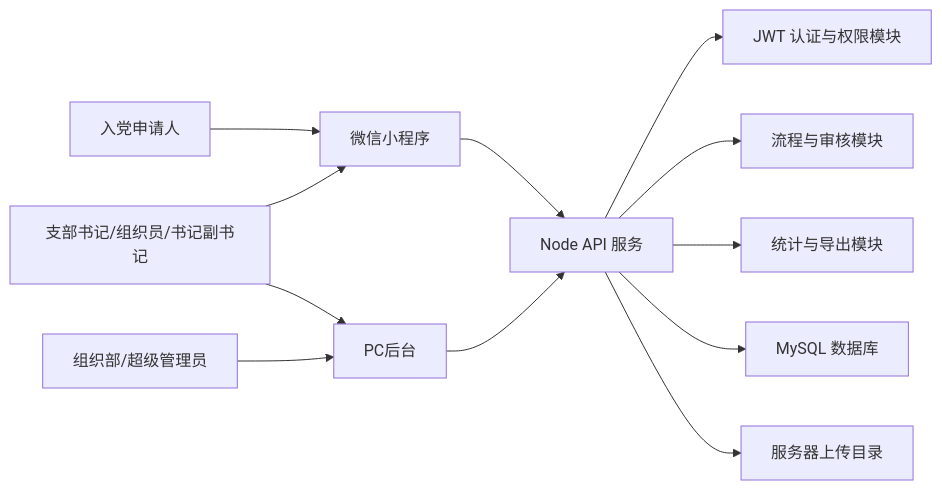
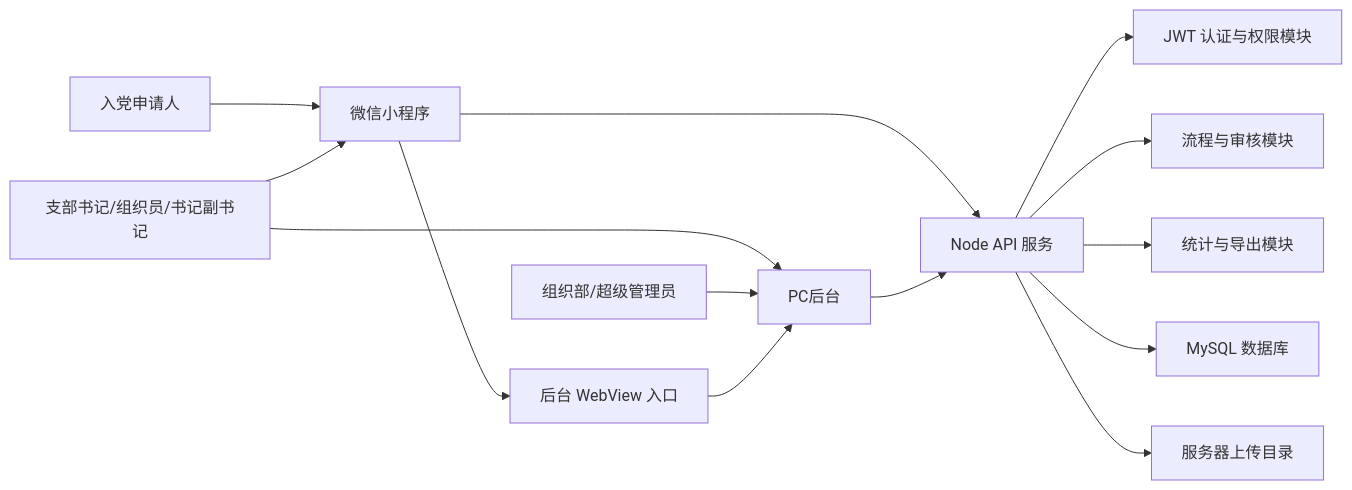
The diagram in docs/dfd.mmd (Lukas-VI/party-building-system), drawn with Mermaid before and after one commit. The commit also changed 28 other files, not shown here.

Commit message:
feat: split miniapp roles and profile flows

```diff
--- a/docs/dfd.mmd
+++ b/docs/dfd.mmd
@@ -1,12 +1,14 @@
 flowchart LR
   A["入党申请人"] --> MP["微信小程序"]
   B["支部书记/组织员/书记副书记"] --> MP
   B --> AW["PC后台"]
   C["组织部/超级管理员"] --> AW
+  MP --> WV["后台 WebView 入口"]
+  WV --> AW
   MP --> API["Node API 服务"]
   AW --> API
   API --> AUTH["JWT 认证与权限模块"]
   API --> WF["流程与审核模块"]
   API --> ST["统计与导出模块"]
   API --> DB["MySQL 数据库"]
   API --> FS["服务器上传目录"]
```
